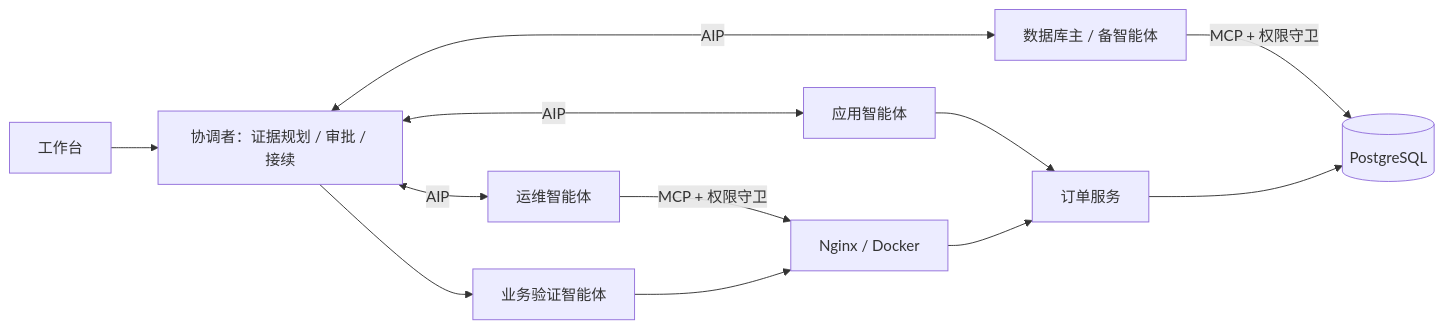
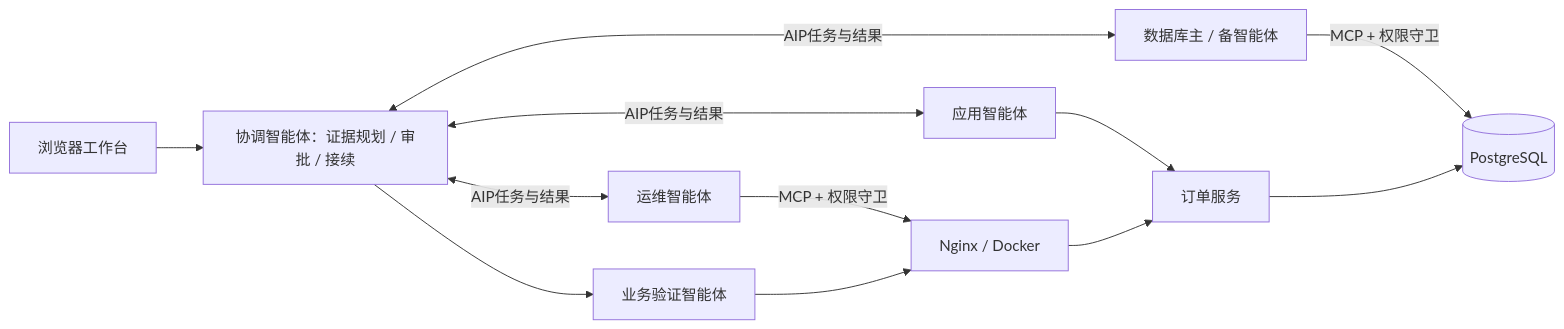
Before and after one commit to RoboSynth/multi-agent-interconnect: the diagram in README.md, drawn with Mermaid. The commit also changed other lines of this file and 31 other files, not shown here.

````diff
--- a/README.md
+++ b/README.md
@@ -7,12 +5,12 @@
 ```mermaid
 flowchart LR
-    U[工作台] --> C[协调者：证据规划 / 审批 / 接续]
-    C <-->|AIP| A[应用智能体]
-    C <-->|AIP| D[数据库主 / 备智能体]
-    C <-->|AIP| O[运维智能体]
+    U[浏览器工作台] --> C[协调智能体：证据规划 / 审批 / 接续]
+    C <-->|AIP任务与结果| A[应用智能体]
+    C <-->|AIP任务与结果| D[数据库主 / 备智能体]
+    C <-->|AIP任务与结果| O[运维智能体]
     C --> V[业务验证智能体]
     D -->|MCP + 权限守卫| P[(PostgreSQL)]
     O -->|MCP + 权限守卫| N[Nginx / Docker]
     A --> S[订单服务]
     V --> N --> S --> P
 ```
````
